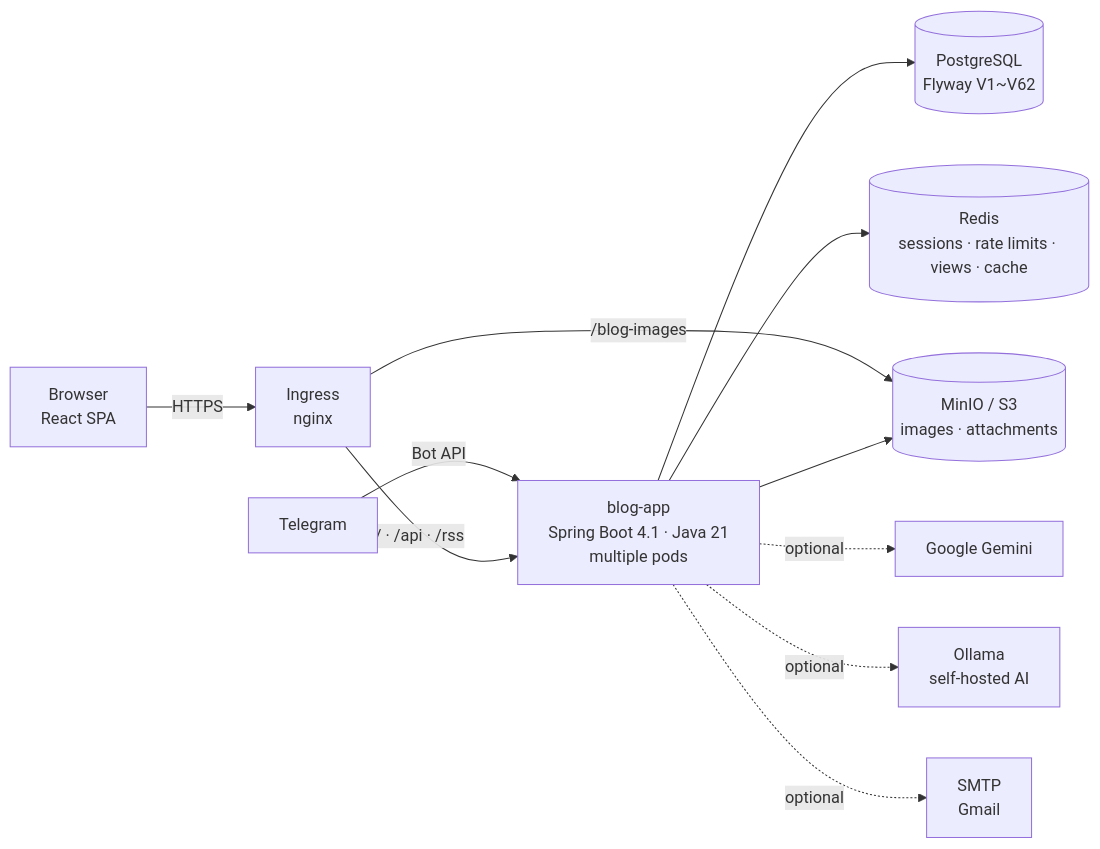
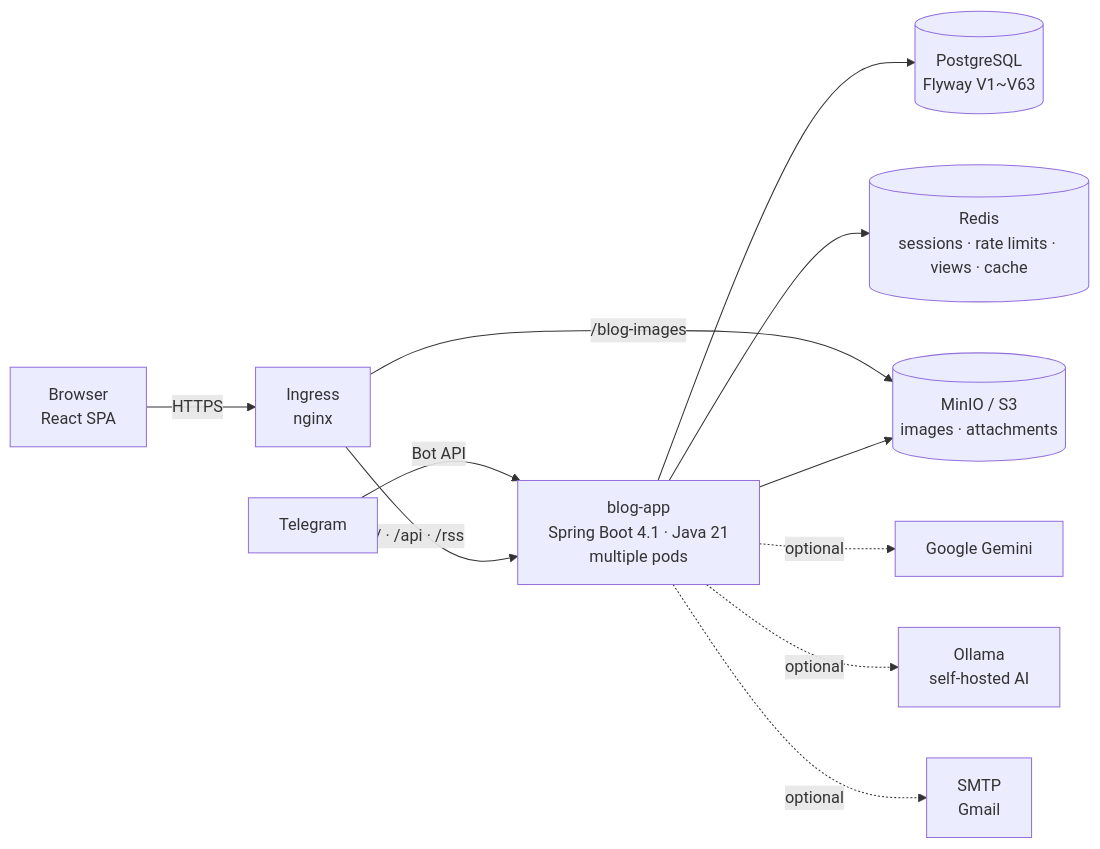
Before and after one commit to AIGJ-01-002-blog/devlog: the second of 4 diagrams in README.en.md, drawn with Mermaid. The commit also changed other lines of this file and 3 other files, not shown here.

````diff
--- a/README.en.md
+++ b/README.en.md
@@ -198,13 +198,13 @@
 ```mermaid
 flowchart LR
     B[Browser<br/>React SPA] -->|HTTPS| I[Ingress<br/>nginx]
     T[Telegram] -->|Bot API| A
     I -->|/ · /api · /rss| A[blog-app<br/>Spring Boot 4.1 · Java 21<br/>multiple pods]
     I -->|/blog-images| M[(MinIO / S3<br/>images · attachments)]
-    A --> P[(PostgreSQL<br/>Flyway V1~V62)]
+    A --> P[(PostgreSQL<br/>Flyway V1~V63)]
     A --> R[(Redis<br/>sessions · rate limits · views · cache)]
     A --> M
     A -.optional.-> G[Google Gemini]
     A -.optional.-> O[Ollama<br/>self-hosted AI]
     A -.optional.-> S[SMTP<br/>Gmail]
 ```
````
